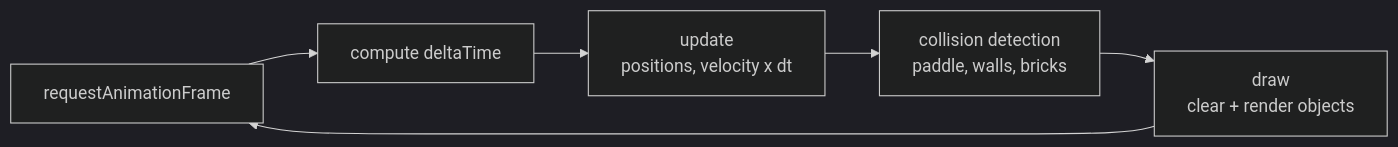
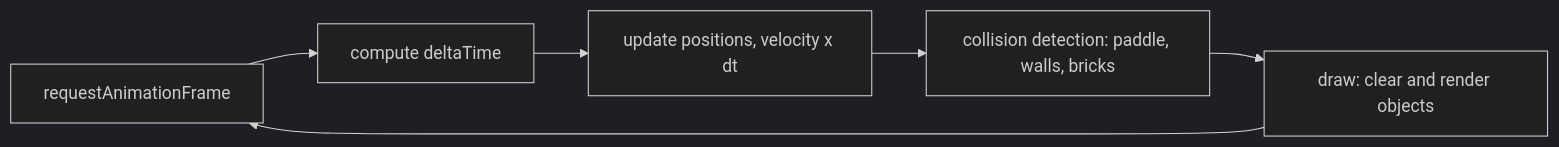
Before and after one commit to sant-mell/myTC2005B: the diagram in README.md, drawn with Mermaid (dark theme).

Commit message:
Harden Mermaid diagram syntax for reliable GitHub rendering

````diff
--- a/README.md
+++ b/README.md
@@ -30,8 +30,8 @@
 ```mermaid
 flowchart LR
-    A[requestAnimationFrame] --> B[compute deltaTime]
-    B --> C[update<br/>positions, velocity x dt]
-    C --> D[collision detection<br/>paddle, walls, bricks]
-    D --> E[draw<br/>clear + render objects]
+    A["requestAnimationFrame"] --> B["compute deltaTime"]
+    B --> C["update positions, velocity x dt"]
+    C --> D["collision detection: paddle, walls, bricks"]
+    D --> E["draw: clear and render objects"]
     E --> A
 ```
````
